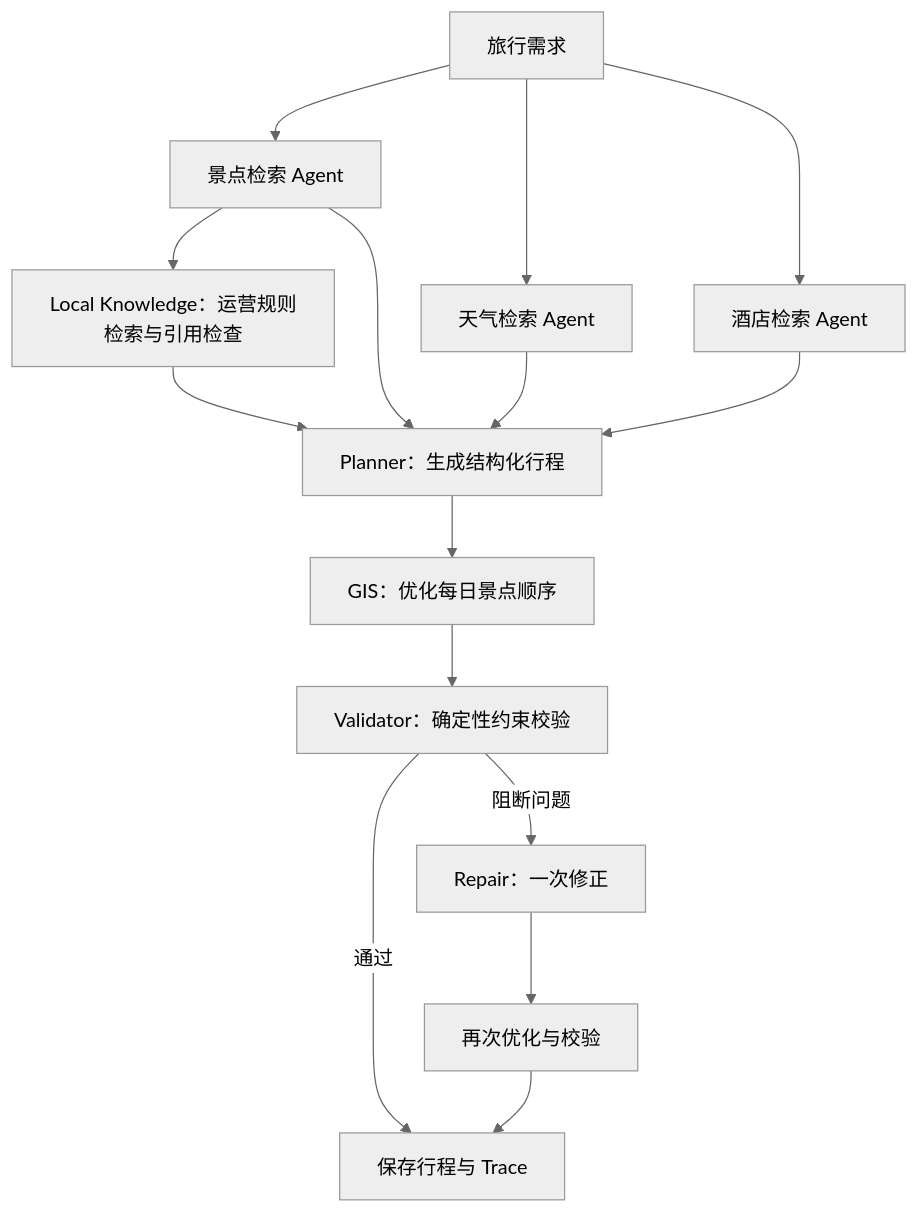
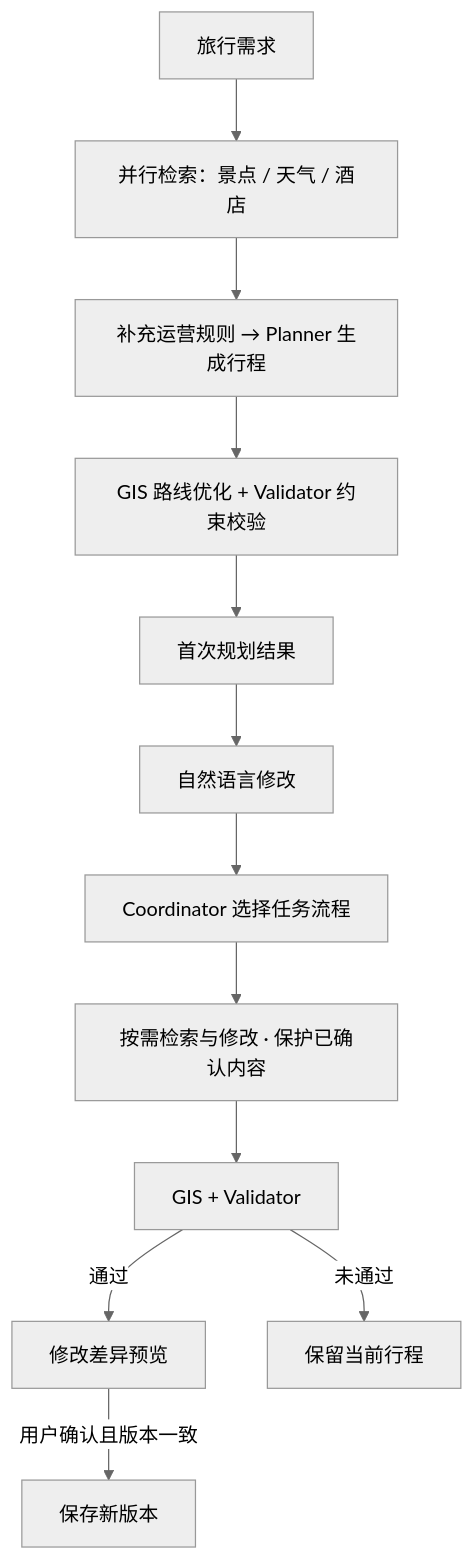
One commit to geomini1989-cpu/helloagents-trip-planner changed the diagram in README.md. Above: the diagram before and after it, drawn with Mermaid (neutral theme). The commit also changed other lines of this file, not shown here.

````diff
--- a/README.md
+++ b/README.md
@@ -37,17 +163,15 @@
 ```mermaid
 flowchart TD
-    U["旅行需求"] --> A["景点检索 Agent"]
-    U --> W["天气检索 Agent"]
-    U --> H["酒店检索 Agent"]
-    A --> L["Local Knowledge：运营规则检索与引用检查"]
-    A --> P["Planner：生成结构化行程"]
-    W --> P
-    H --> P
-    L --> P
-    P --> G["GIS：优化每日景点顺序"]
-    G --> V["Validator：确定性约束校验"]
-    V -->|通过| S["保存行程与 Trace"]
-    V -->|阻断问题| R["Repair：一次修正"]
-    R --> G2["再次优化与校验"]
-    G2 --> S
+    A["旅行需求"] --> B["并行检索：景点 / 天气 / 酒店"]
+    B --> C["补充运营规则 → Planner 生成行程"]
+    C --> D["GIS 路线优化 + Validator 约束校验"]
+    D --> E["首次规划结果"]
+
+    E --> F["自然语言修改"]
+    F --> G["Coordinator 选择任务流程"]
+    G --> H["按需检索与修改 · 保护已确认内容"]
+    H --> I["GIS + Validator"]
+    I -->|通过| J["修改差异预览"]
+    J -->|用户确认且版本一致| K["保存新版本"]
+    I -->|未通过| L["保留当前行程"]
 ```
````
